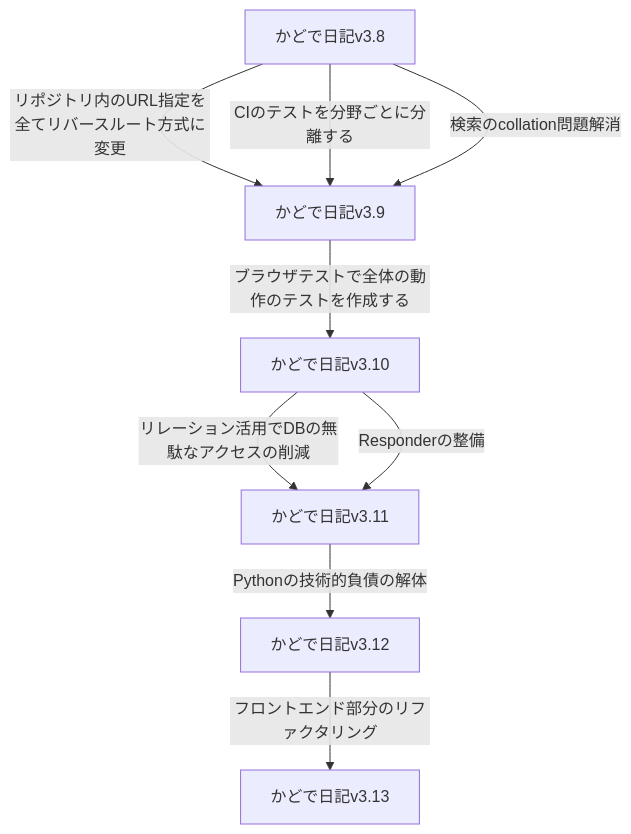
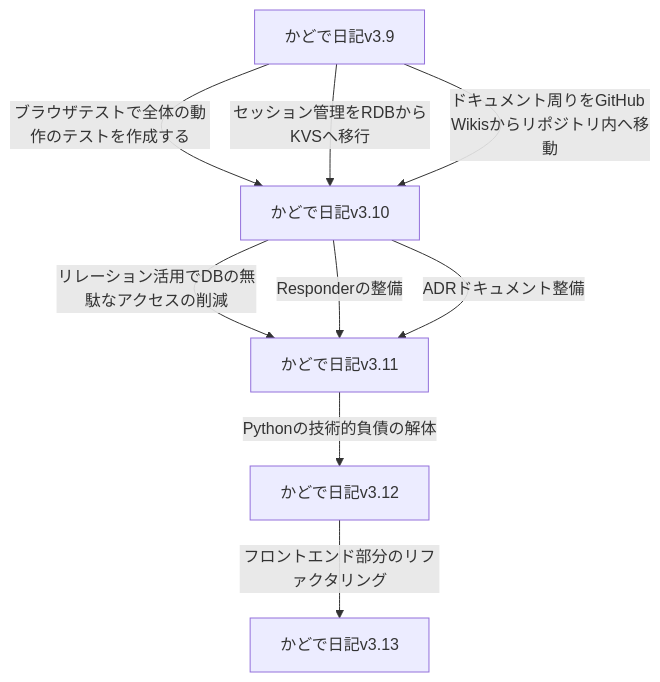
The third of 4 diagrams in README.md (KadodeProject/kadode_nikki3), drawn with Mermaid before and after one commit. The commit also changed other lines of this file, not shown here.

Commit message:
docs ロードマップ更新&追記

````diff
--- a/README.md
+++ b/README.md
@@ -100,11 +104,11 @@
 ```mermaid
 flowchart TD
-    D[かどで日記v3.8]-->|リポジトリ内のURL指定を全てリバースルート方式に変更|E[かどで日記v3.9]
-    D-->|CIのテストを分野ごとに分離する|E
-    D-->|検索のcollation問題解消|E
-    E-->|ブラウザテストで全体の動作のテストを作成する|E_F[かどで日記v3.10]
+    E[かどで日記v3.9]-->|ブラウザテストで全体の動作のテストを作成する|E_F[かどで日記v3.10]
+    E-->|セッション管理をRDBからKVSへ移行|E_F
+    E-->|ドキュメント周りをGitHub Wikisからリポジトリ内へ移動|E_F
     E_F-->|リレーション活用でDBの無駄なアクセスの削減|F[かどで日記v3.11]
     E_F-->|Responderの整備|F
+    E_F-->|ADRドキュメント整備|F
     F-->|Pythonの技術的負債の解体|G[かどで日記v3.12]
     G-->|フロントエンド部分のリファクタリング|H[かどで日記v3.13]
 ```
````
